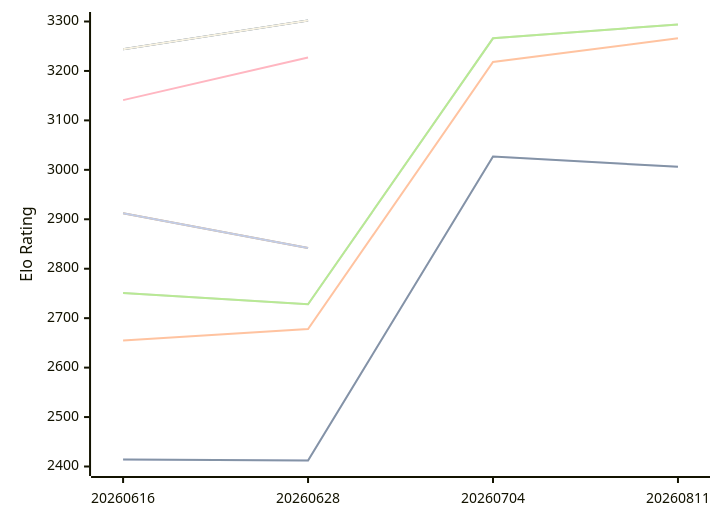
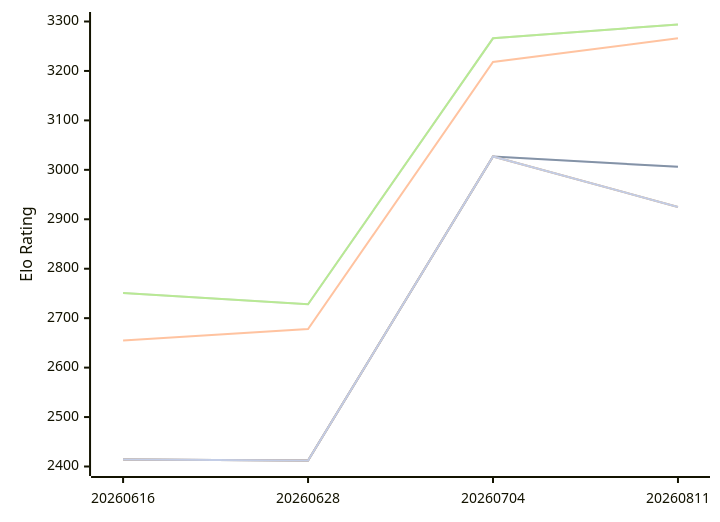
The diagram in engines/Askaig.md (computer-chess-index/cci), drawn with Mermaid before and after one commit. The commit also changed other lines of this file, not shown here.

Commit message:
Update CCI Ratings (ELO VLTC) - 2026-10-11

````diff
--- a/engines/Askaig.md
+++ b/engines/Askaig.md
@@ -51,16 +51,13 @@
 ```mermaid
 %%{init: {"theme":"base","themeVariables":{"seriesColors:['#a3a3a3','#222221','#faa371']}}}%%
 xychart-beta
   x-axis ["20260616", "20260628", "20260704", "20260811"]
   y-axis "Elo Rating" 2400 --> 3300
   line "" [2414, 2412, 3027, 3006]
   line "T1: STC (8.0+0.08s)" [2414, 2412, 3027, 3006]
   line "T1: LTC (60.0+0.60s)" [2655, 2678, 3218, 3266]
   line "" [2751, 2728, 3266, 3294]
   line "T1: VLTC (2m24s+1.12s)" [2751, 2728, 3266, 3294]
-  line "" [2912, 2842]
-  line "E1: STC (8.0+0.08s)" [2912, 2842]
-  line "E1: LTC (60.0+0.60s)" [3141, 3227]
-  line "" [3244, 3302]
-  line "E1: VLTC (2m24s+1.12s)" [3244, 3302]
+  line "" [2414, 2412, 3027,2925, 2965]
+  line "E1: STC (8.0+0.08s)" [2414, 2412, 3027,2925, 2965]
 ```
````
